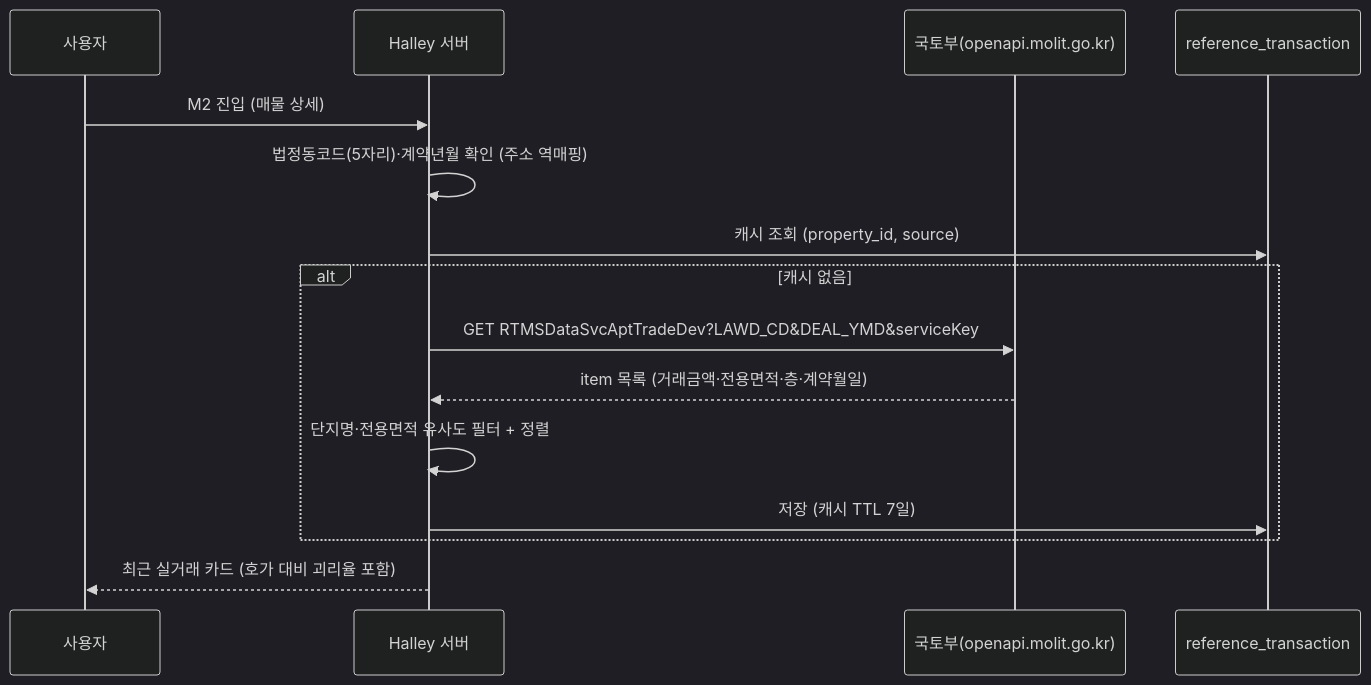
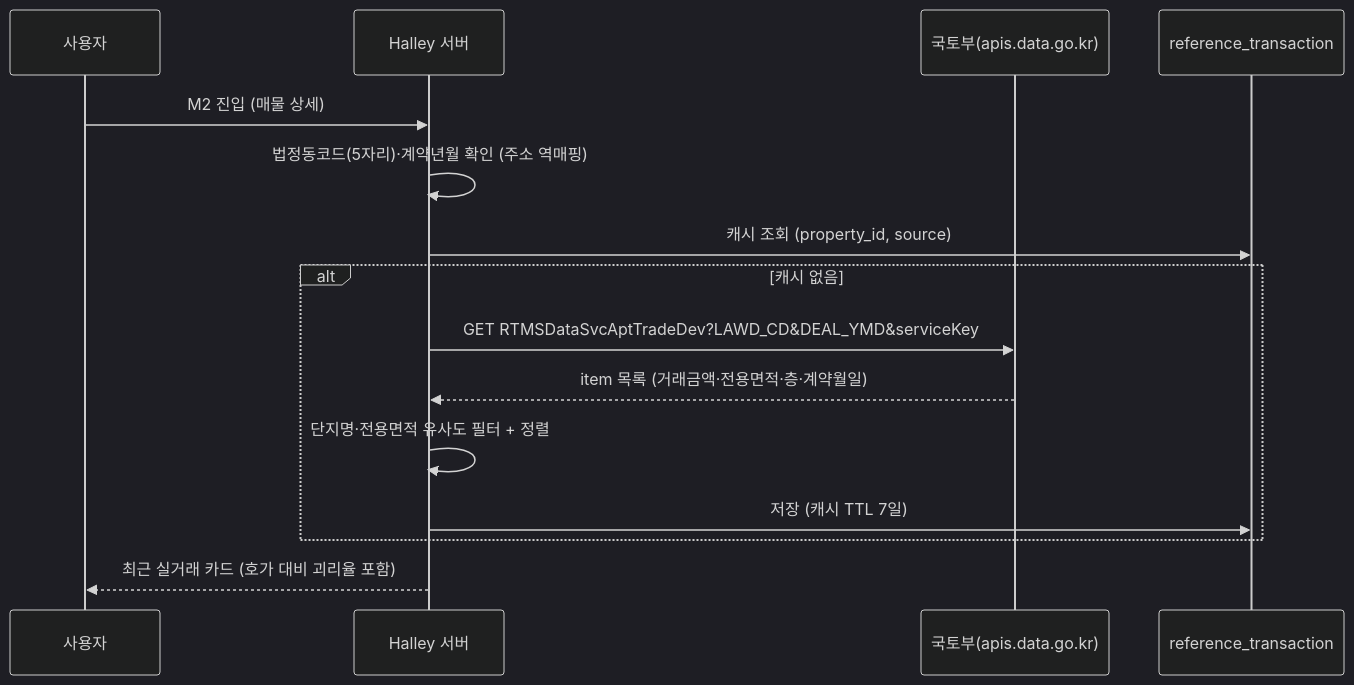
Before and after one commit to lyvius2/halley: the fifth of 5 diagrams in docs/INTERFACE_MANUAL.md, drawn with Mermaid (dark theme). The commit also changed other lines of this file and 31 other files, not shown here.

````diff
--- a/docs/INTERFACE_MANUAL.md
+++ b/docs/INTERFACE_MANUAL.md
@@ -274,18 +274,18 @@
 ```mermaid
 sequenceDiagram
     participant U as 사용자
     participant S as Halley 서버
-    participant M as 국토부(openapi.molit.go.kr)
+    participant M as 국토부(apis.data.go.kr)
     participant R as reference_transaction
 
     U->>S: M2 진입 (매물 상세)
     S->>S: 법정동코드(5자리)·계약년월 확인 (주소 역매핑)
     S->>R: 캐시 조회 (property_id, source)
     alt 캐시 없음
         S->>M: GET RTMSDataSvcAptTradeDev?LAWD_CD&DEAL_YMD&serviceKey
         M-->>S: item 목록 (거래금액·전용면적·층·계약월일)
         S->>S: 단지명·전용면적 유사도 필터 + 정렬
         S->>R: 저장 (캐시 TTL 7일)
     end
     S-->>U: 최근 실거래 카드 (호가 대비 괴리율 포함)
 ```
````
